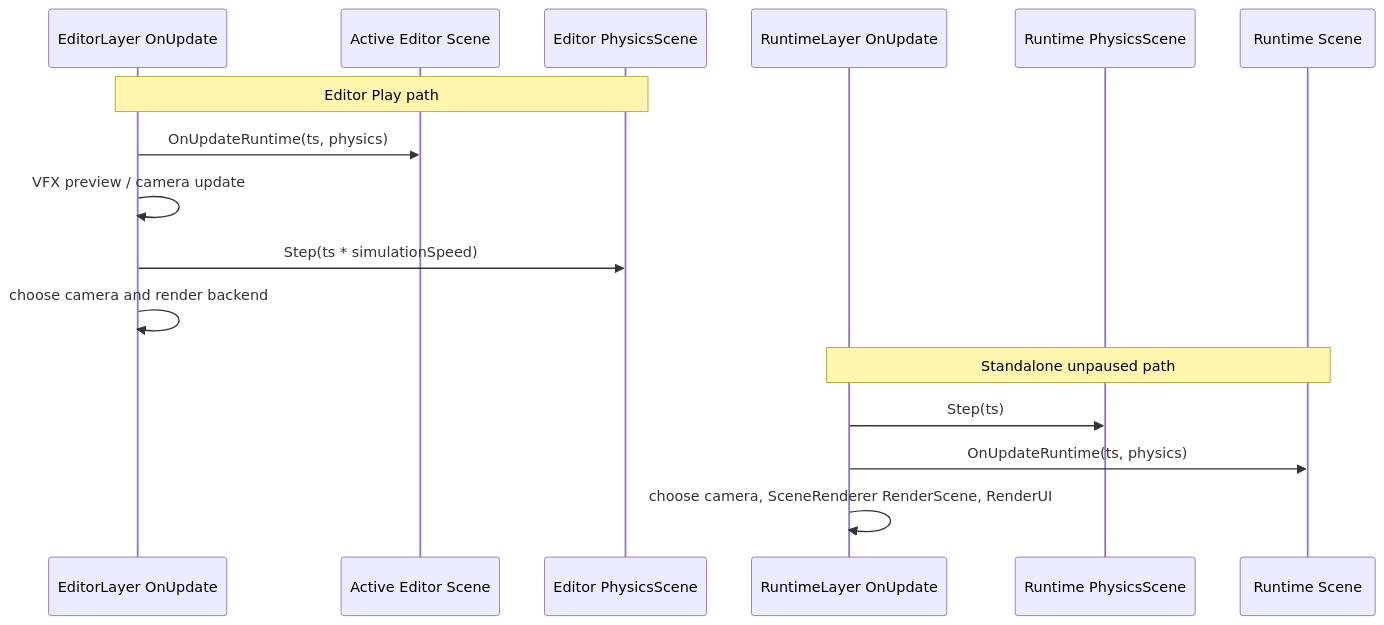
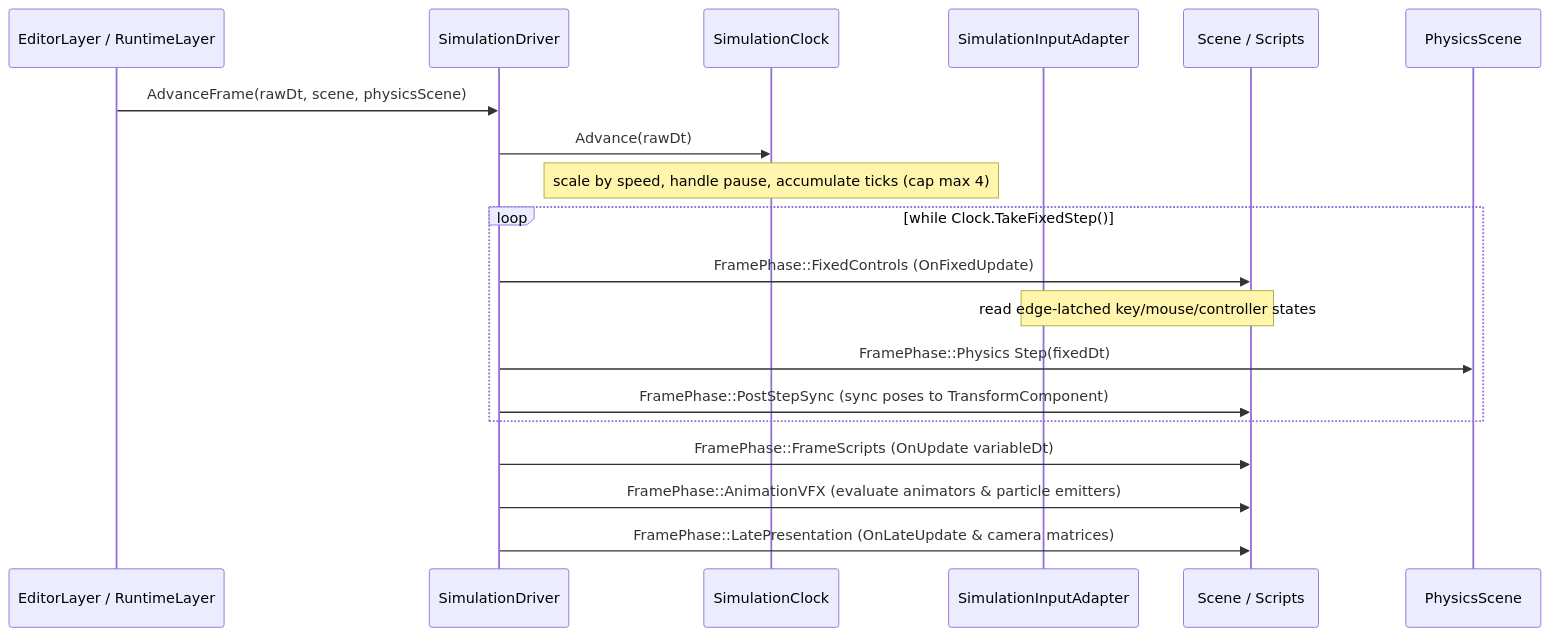
One commit to nguyenphong0210/AxleEngine changed the fifth of 11 diagrams in docs/architecture/RUNTIME_FLOWS.md. Above: the diagram before and after it, drawn with Mermaid. The commit also changed other lines of this file and 22 other files, not shown here.

Commit message:
docs: standardize architecture guides and retire obsolete prompt archives

````diff
--- a/docs/architecture/RUNTIME_FLOWS.md
+++ b/docs/architecture/RUNTIME_FLOWS.md
@@ -125,18 +123,21 @@
 ```mermaid
 sequenceDiagram
-    participant EL as EditorLayer OnUpdate
-    participant ES as Active Editor Scene
-    participant EP as Editor PhysicsScene
-    participant RL as RuntimeLayer OnUpdate
-    participant RP as Runtime PhysicsScene
-    participant RS as Runtime Scene
-    Note over EL,EP: Editor Play path
-    EL->>ES: OnUpdateRuntime(ts, physics)
-    EL->>EL: VFX preview / camera update
-    EL->>EP: Step(ts * simulationSpeed)
-    EL->>EL: choose camera and render backend
-    Note over RL,RS: Standalone unpaused path
-    RL->>RP: Step(ts)
-    RL->>RS: OnUpdateRuntime(ts, physics)
-    RL->>RL: choose camera, SceneRenderer RenderScene, RenderUI
+    participant Caller as EditorLayer / RuntimeLayer
+    participant Driver as SimulationDriver
+    participant Clock as SimulationClock
+    participant Input as SimulationInputAdapter
+    participant Scene as Scene / Scripts
+    participant Physics as PhysicsScene
+    Caller->>Driver: AdvanceFrame(rawDt, scene, physicsScene)
+    Driver->>Clock: Advance(rawDt)
+    Note over Clock: scale by speed, handle pause, accumulate ticks (cap max 4)
+    loop while Clock.TakeFixedStep()
+        Driver->>Scene: FramePhase::FixedControls (OnFixedUpdate)
+        Note over Scene,Input: read edge-latched key/mouse/controller states
+        Driver->>Physics: FramePhase::Physics Step(fixedDt)
+        Driver->>Scene: FramePhase::PostStepSync (sync poses to TransformComponent)
+    end
+    Driver->>Scene: FramePhase::FrameScripts (OnUpdate variableDt)
+    Driver->>Scene: FramePhase::AnimationVFX (evaluate animators & particle emitters)
+    Driver->>Scene: FramePhase::LatePresentation (OnLateUpdate & camera matrices)
 ```
````
